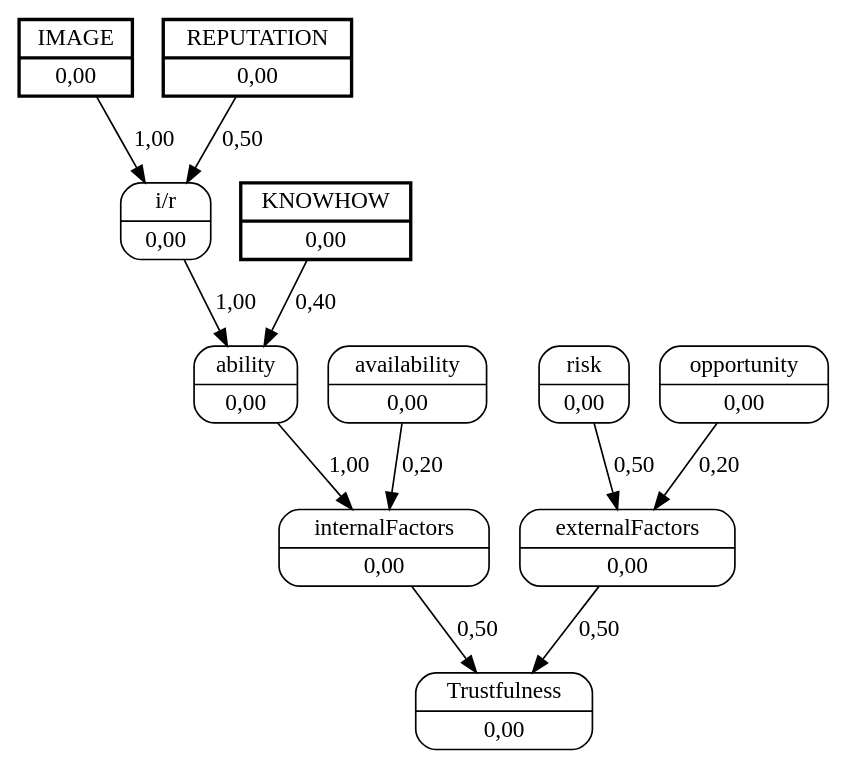
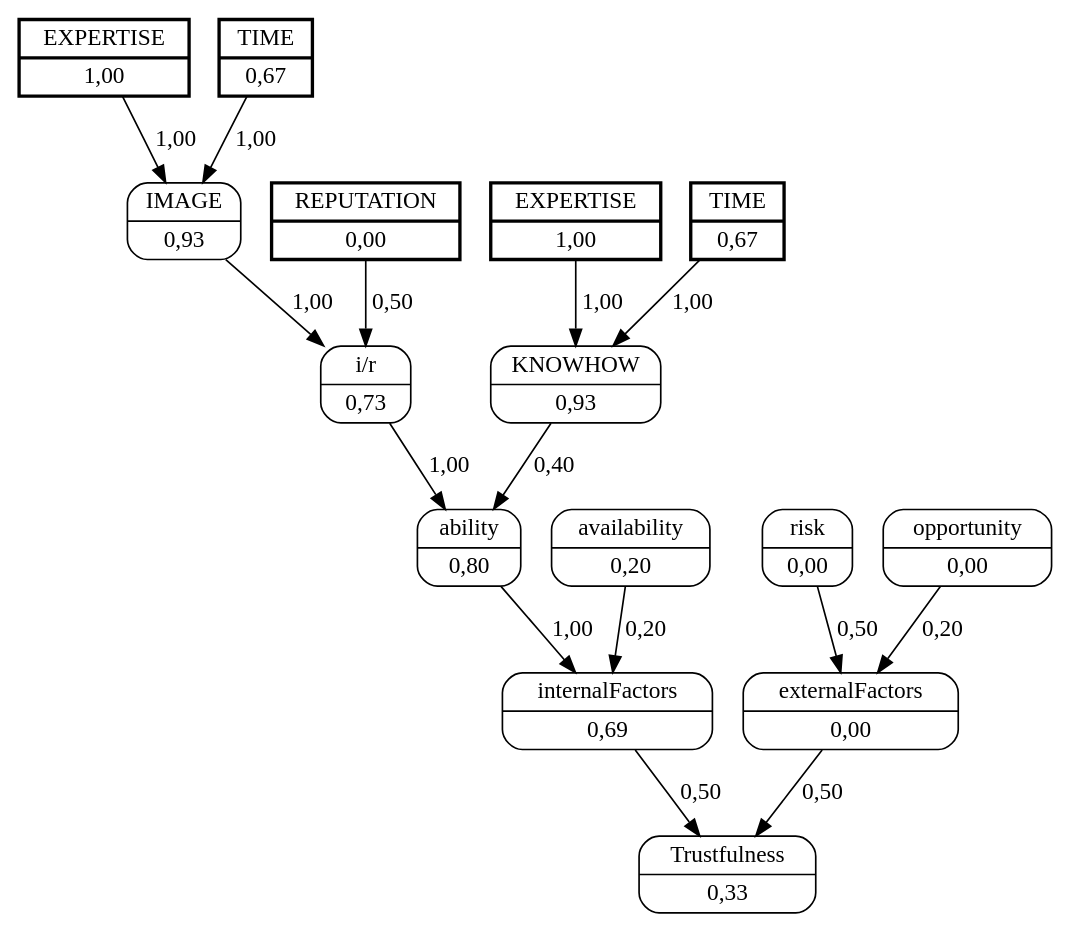
Before and after one commit to jjbaqueta/unload_experiment: the diagram in unload_boxes/dots/worker_2helper_6.dot, drawn with Graphviz. The commit also changed 50 other files, not shown here.

```diff
--- a/unload_boxes/dots/worker_2helper_6.dot
+++ b/unload_boxes/dots/worker_2helper_6.dot
@@ -1,25 +1,34 @@
 digraph FCM_net{
 	node [shape=record, style=rounded]
-	0 [label="{IMAGE | 0,00}", style=bold, penwidth=2, peripheries=2];
+	11 [label="{EXPERTISE | 1,00}", style=bold, penwidth=2, peripheries=2];
+	12 [label="{TIME | 0,67}", style=bold, penwidth=2, peripheries=2];
 	1 [label="{REPUTATION | 0,00}", style=bold, penwidth=2, peripheries=2];
-	2 [label="{KNOWHOW | 0,00}", style=bold, penwidth=2, peripheries=2];
-	0 [label="{IMAGE | 0,00}"];
-	3 [label="{i/r | 0,00}"];
-	4 [label="{ability | 0,00}"];
-	5 [label="{availability | 0,00}"];
-	6 [label="{internalFactors | 0,00}"];
+	13 [label="{EXPERTISE | 1,00}", style=bold, penwidth=2, peripheries=2];
+	14 [label="{TIME | 0,67}", style=bold, penwidth=2, peripheries=2];
+	0 [label="{IMAGE | 0,93}"];
+	1 [label="{REPUTATION | 0,00}"];
+	2 [label="{KNOWHOW | 0,93}"];
+	3 [label="{i/r | 0,73}"];
+	4 [label="{ability | 0,80}"];
+	5 [label="{availability | 0,20}"];
+	6 [label="{internalFactors | 0,69}"];
 	7 [label="{risk | 0,00}"];
 	8 [label="{opportunity | 0,00}"];
 	9 [label="{externalFactors | 0,00}"];
-	10 [label="{Trustfulness | 0,00}"];
+	10 [label="{Trustfulness | 0,33}"];
+	11 [label="{EXPERTISE | 1,00}"];
 	0 -> 3 [label = "1,00"];
 	1 -> 3 [label = "0,50"];
 	3 -> 4 [label = "1,00"];
 	2 -> 4 [label = "0,40"];
 	4 -> 6 [label = "1,00"];
 	5 -> 6 [label = "0,20"];
 	6 -> 10 [label = "0,50"];
 	7 -> 9 [label = "0,50"];
 	8 -> 9 [label = "0,20"];
 	9 -> 10 [label = "0,50"];
+	11 -> 0 [label = "1,00"];
+	12 -> 0 [label = "1,00"];
+	13 -> 2 [label = "1,00"];
+	14 -> 2 [label = "1,00"];
 }
```
